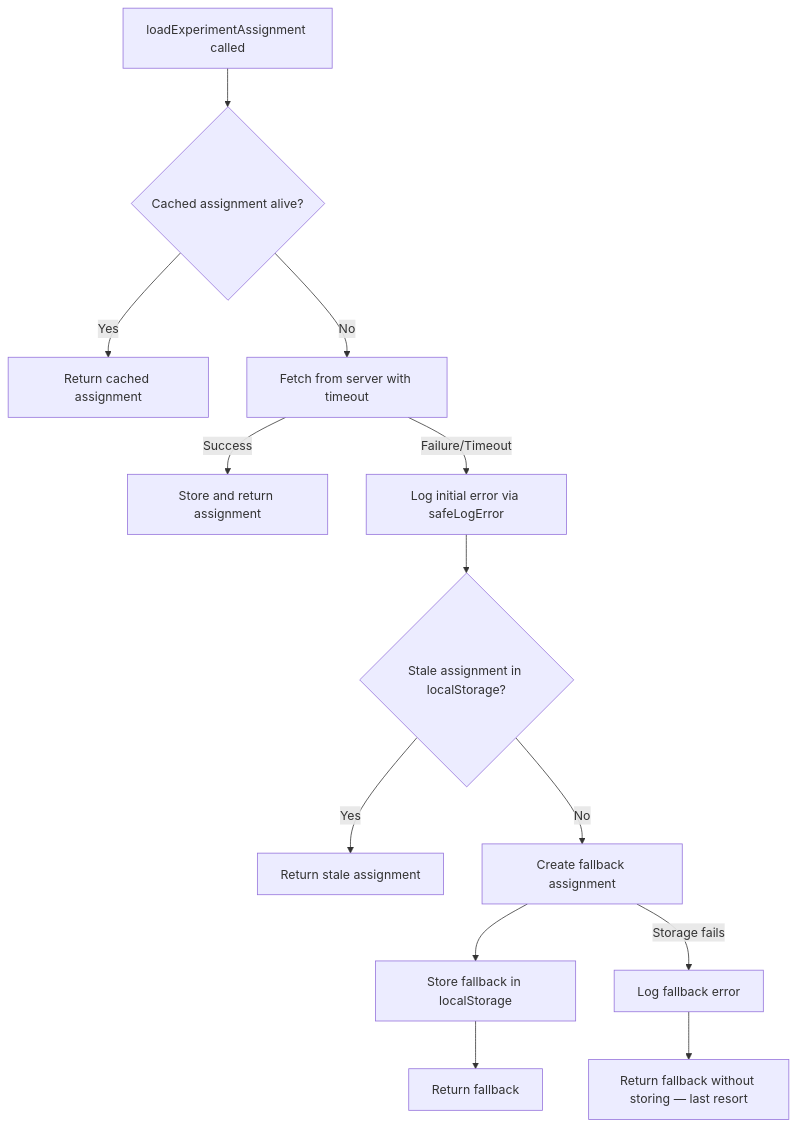
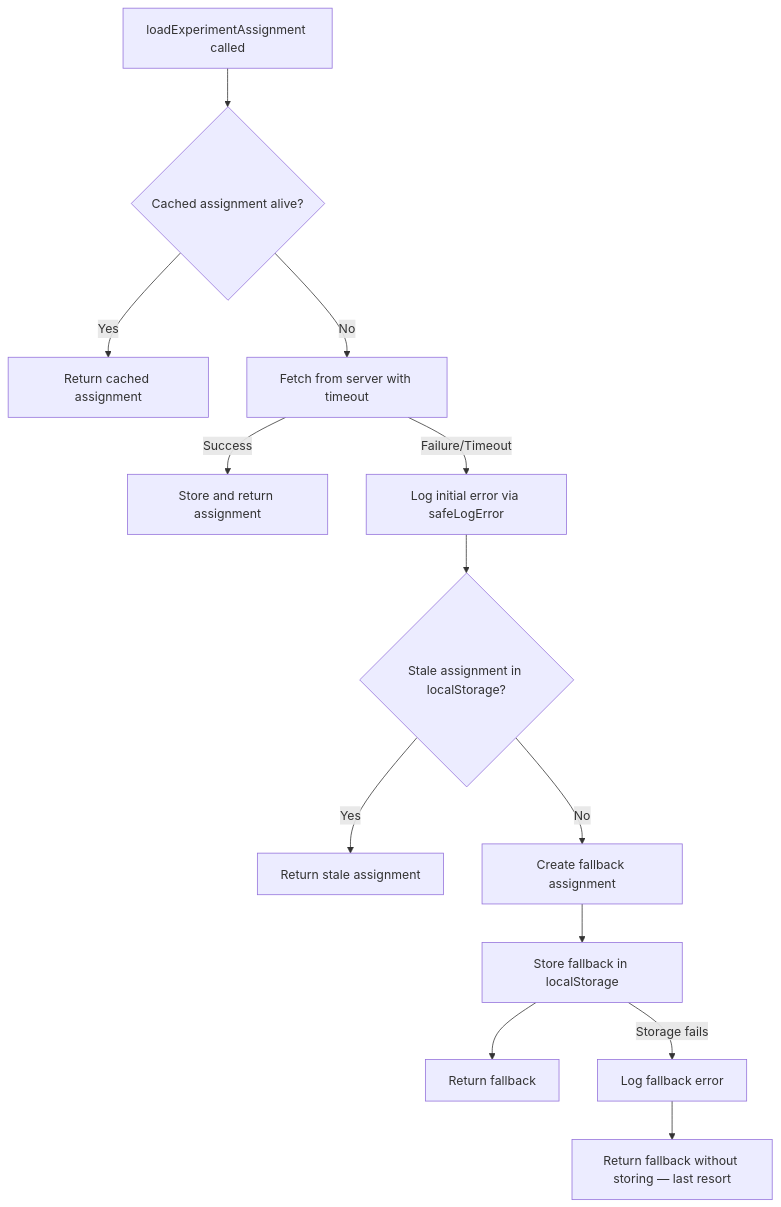
Before and after one commit to blitzy-research/wp-calypso: the first of 3 diagrams in blitzy/documentation/wp-calypso_be7e5cc64162.md, drawn with Mermaid. The commit also changed other lines of this file, not shown here.

````diff
--- a/blitzy/documentation/wp-calypso_be7e5cc64162.md
+++ b/blitzy/documentation/wp-calypso_be7e5cc64162.md
@@ -146,15 +148,15 @@
 ```mermaid
 graph TD
     A[loadExperimentAssignment called] --> B{Cached assignment alive?}
     B -->|Yes| C[Return cached assignment]
     B -->|No| D[Fetch from server with timeout]
     D -->|Success| E[Store and return assignment]
     D -->|Failure/Timeout| F[Log initial error via safeLogError]
     F --> G{Stale assignment in localStorage?}
     G -->|Yes| H[Return stale assignment]
     G -->|No| I[Create fallback assignment]
     I --> J[Store fallback in localStorage]
     J --> K[Return fallback]
-    I -->|Storage fails| L[Log fallback error]
+    J -->|Storage fails| L[Log fallback error]
     L --> M[Return fallback without storing — last resort]
 ```
````
